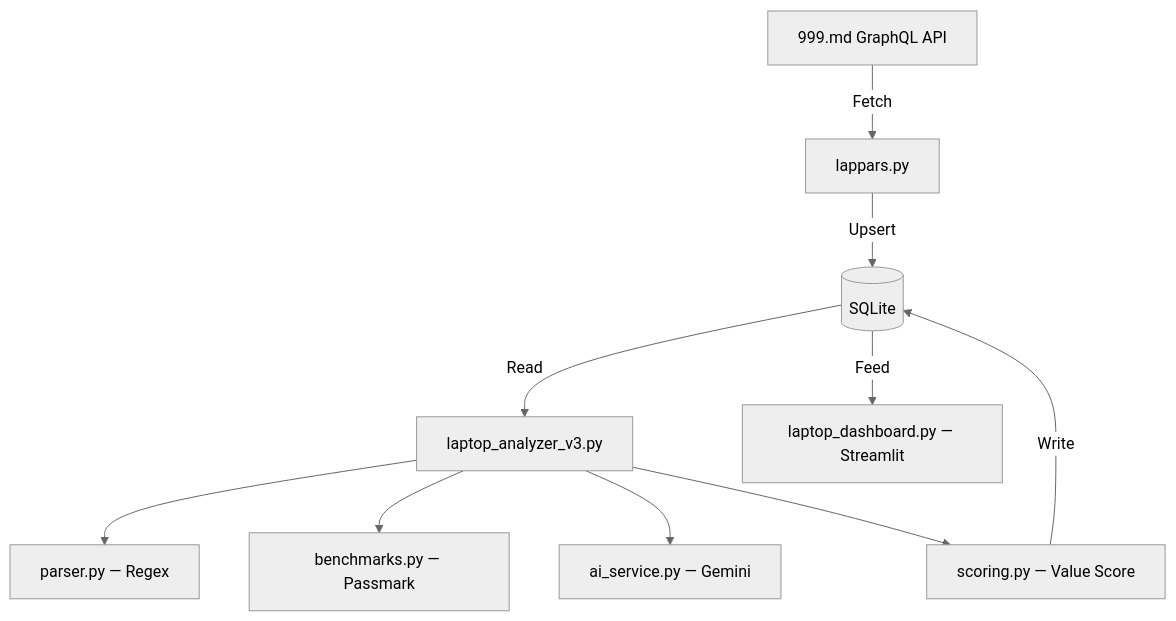
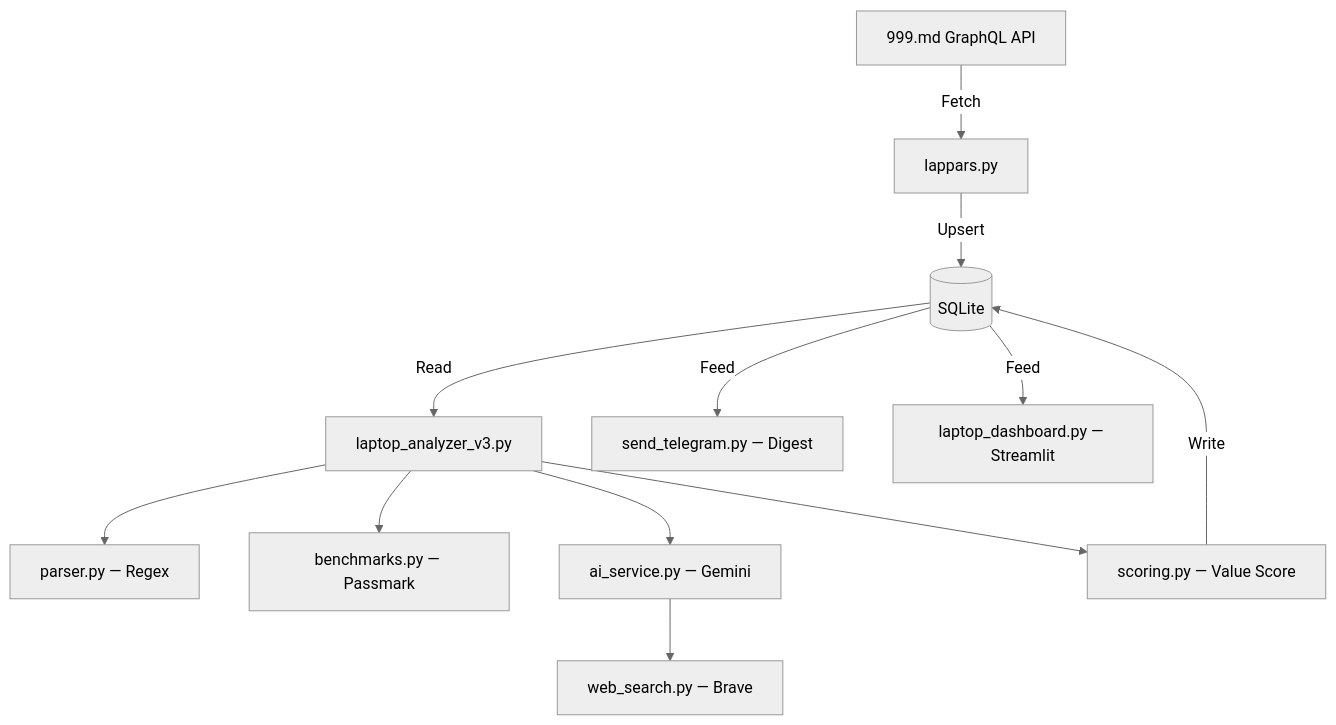
Before and after one commit to zabrodschiipavel-sketch/notebookbuy: the diagram in README.md, drawn with Mermaid (neutral theme). The commit also changed other lines of this file, not shown here.

First line of the commit message:
docs: rewrite README around the daily Telegram digest (#6)

````diff
--- a/README.md
+++ b/README.md
@@ -29,12 +34,14 @@
 ```mermaid
 graph TD
     A[999.md GraphQL API] -->|Fetch| B[lappars.py]
     B -->|Upsert| C[(SQLite)]
     C -->|Read| D[laptop_analyzer_v3.py]
     D --> E[parser.py — Regex]
     D --> F[benchmarks.py — Passmark]
     D --> G[ai_service.py — Gemini]
+    G --> W[web_search.py — Brave]
     D --> H[scoring.py — Value Score]
     H -->|Write| C
+    C -->|Feed| T[send_telegram.py — Digest]
     C -->|Feed| I[laptop_dashboard.py — Streamlit]
 ```
````
